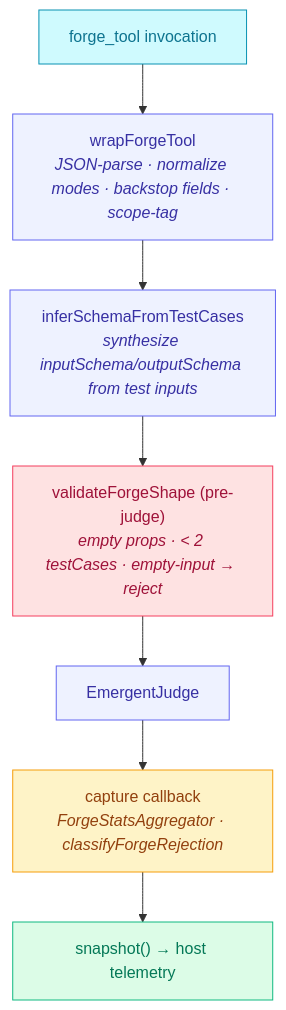
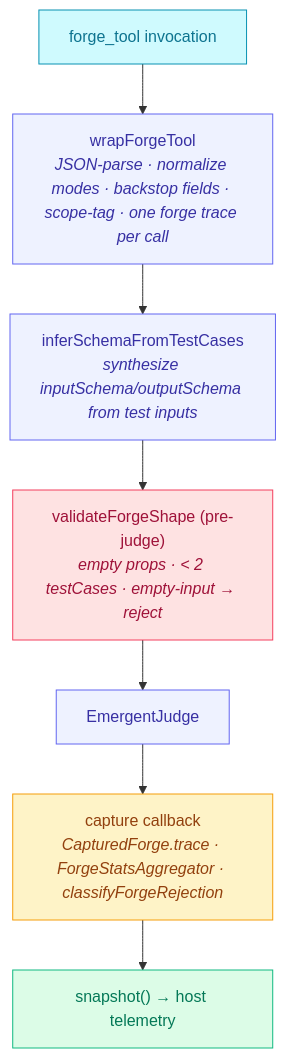
One commit to framerslab/agentos changed the diagram in docs/architecture/EMERGENT_CAPABILITIES.md. Above: the diagram before and after it, drawn with Mermaid. The commit also changed other lines of this file and 6 other files, not shown here.

First line of the commit message:
docs(emergent): the forge trace, its carriers, caps and limits

````diff
--- a/docs/architecture/EMERGENT_CAPABILITIES.md
+++ b/docs/architecture/EMERGENT_CAPABILITIES.md
@@ -548,18 +548,18 @@
 ```mermaid
 flowchart TD
     Inv["forge_tool invocation"]:::input
-    Wrap["wrapForgeTool<br/><i>JSON-parse · normalize modes · backstop fields · scope-tag</i>"]:::process
+    Wrap["wrapForgeTool<br/><i>JSON-parse · normalize modes · backstop fields · scope-tag · one forge trace per call</i>"]:::process
     Infer["inferSchemaFromTestCases<br/><i>synthesize inputSchema/outputSchema from test inputs</i>"]:::process
     Shape["validateForgeShape (pre-judge)<br/><i>empty props · &lt; 2 testCases · empty-input → reject</i>"]:::warning
     Judge["EmergentJudge"]:::process
-    Capture["capture callback<br/><i>ForgeStatsAggregator · classifyForgeRejection</i>"]:::data
+    Capture["capture callback<br/><i>CapturedForge.trace · ForgeStatsAggregator · classifyForgeRejection</i>"]:::data
     Snap["snapshot() → host telemetry"]:::output
 
     Inv --> Wrap --> Infer --> Shape --> Judge --> Capture --> Snap
 
     classDef input fill:#cffafe,stroke:#0891b2,color:#0e7490
     classDef process fill:#eef2ff,stroke:#6366f1,color:#3730a3
     classDef warning fill:#fee2e2,stroke:#f43f5e,color:#9f1239
     classDef data fill:#fef3c7,stroke:#f59e0b,color:#92400e
     classDef output fill:#dcfce7,stroke:#10b981,color:#047857
 ```
````
